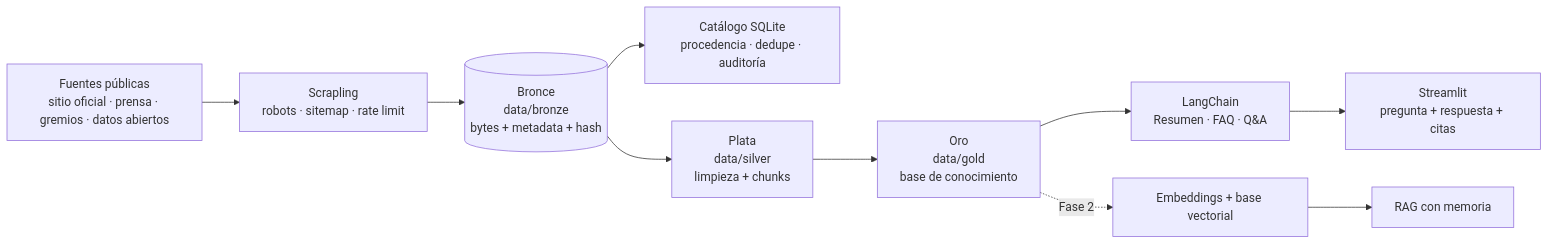
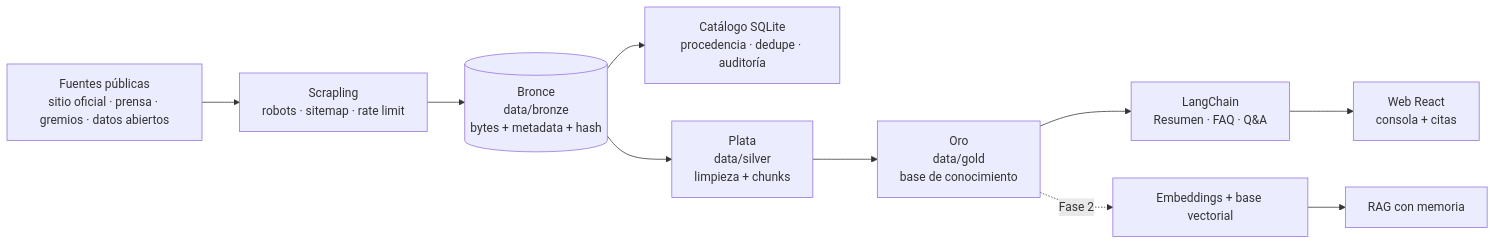
Before and after one commit to jasonCastano/proyecto_modelos_lenguaje: the diagram in README.md, drawn with Mermaid. The commit also changed other lines of this file and 84 other files, not shown here.

Commit message:
feat(web): replace Streamlit with a React and FastAPI experience

````diff
--- a/README.md
+++ b/README.md
@@ -83,18 +84,18 @@
 ```mermaid
 flowchart LR
     S[Fuentes públicas<br/>sitio oficial · prensa · gremios · datos abiertos]
     P[Scrapling<br/>robots · sitemap · rate limit]
     B[(Bronce<br/>data/bronze<br/>bytes + metadata + hash)]
     C[Catálogo SQLite<br/>procedencia · dedupe · auditoría]
     V[Plata<br/>data/silver<br/>limpieza + chunks]
     G[Oro<br/>data/gold<br/>base de conocimiento]
     L[LangChain<br/>Resumen · FAQ · Q&A]
-    UI[Streamlit<br/>pregunta + respuesta + citas]
+    UI[Web React<br/>consola + citas]
     E[Embeddings + base vectorial]
     R[RAG con memoria]
 
     S --> P --> B
     B --> C
     B --> V --> G --> L --> UI
     G -. Fase 2 .-> E --> R
 ```
````
